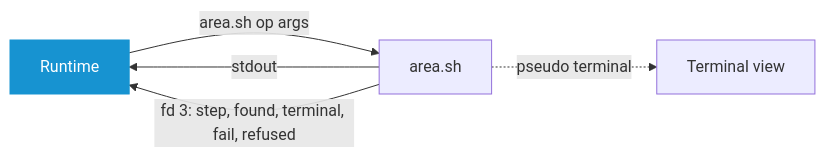
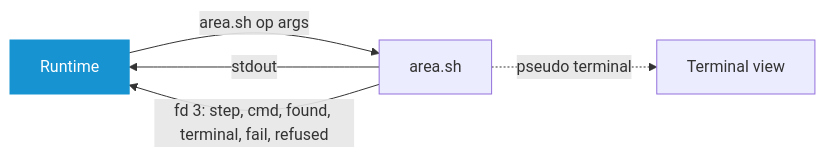
The diagram in docs/REFERENCE.md (murkl/arch-os-manager), drawn with Mermaid before and after one commit. The commit also changed other lines of this file and 6 other files, not shown here.

````diff
--- a/docs/REFERENCE.md
+++ b/docs/REFERENCE.md
@@ -242,9 +242,9 @@
 ```mermaid
 flowchart LR
     R[Runtime] -->|area.sh op args| S[area.sh]
     S -->|stdout| R
-    S -->|"fd 3: step, found, terminal, fail, refused"| R
+    S -->|"fd 3: step, cmd, found, terminal, fail, refused"| R
     S -.->|pseudo terminal| T[Terminal view]
 
     style R fill:#1793d1,stroke:#1793d1,color:#fff
 ```
````
